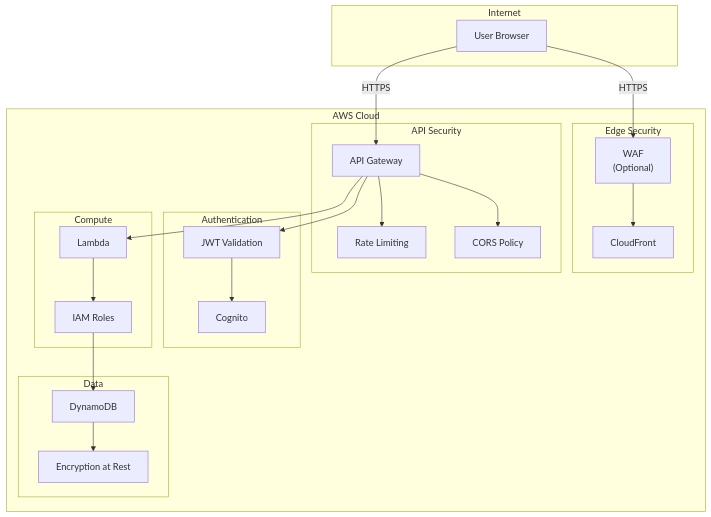
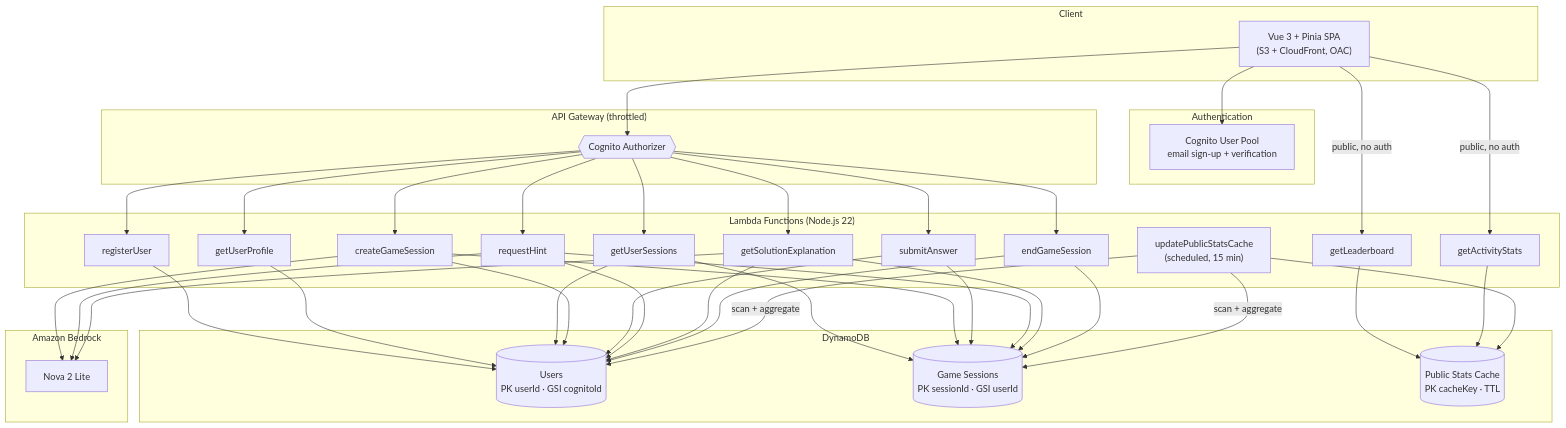
The second of 2 diagrams in docs/ARCHITECTURE.md (onemorepereira/math-tutor), drawn with Mermaid before and after one commit. The commit also changed other lines of this file, not shown here.

Commit message:
docs: add product overview and detailed architecture diagrams

````diff
--- a/docs/ARCHITECTURE.md
+++ b/docs/ARCHITECTURE.md
@@ -386,46 +32,63 @@
 ```mermaid
 flowchart TB
-    subgraph Internet
-        User["User Browser"]
+    subgraph client["Client"]
+        spa["Vue 3 + Pinia SPA<br/>(S3 + CloudFront, OAC)"]
     end
 
-    subgraph AWS["AWS Cloud"]
-        subgraph Edge["Edge Security"]
-            WAF["WAF<br/>(Optional)"]
-            CF["CloudFront"]
-        end
-
-        subgraph Network["API Security"]
-            APIGW["API Gateway"]
-            CORS["CORS Policy"]
-            Throttle["Rate Limiting"]
-        end
-
-        subgraph Auth["Authentication"]
-            Cognito["Cognito"]
-            JWT["JWT Validation"]
-        end
-
-        subgraph Compute["Compute"]
-            Lambda["Lambda"]
-            IAM["IAM Roles"]
-        end
-
-        subgraph Data["Data"]
-            DDB["DynamoDB"]
-            Encrypt["Encryption at Rest"]
-        end
+    subgraph auth["Authentication"]
+        cognito["Cognito User Pool<br/>email sign-up + verification"]
     end
 
-    User -->|HTTPS| WAF
-    WAF --> CF
-    User -->|HTTPS| APIGW
-    APIGW --> CORS
-    APIGW --> Throttle
-    APIGW --> JWT
-    JWT --> Cognito
-    APIGW --> Lambda
-    Lambda --> IAM
-    IAM --> DDB
-    DDB --> Encrypt
+    subgraph gateway["API Gateway (throttled)"]
+        authz{{"Cognito Authorizer"}}
+    end
+
+    subgraph lambdas["Lambda Functions (Node.js 22)"]
+        register["registerUser"]
+        profile["getUserProfile"]
+        sessions["getUserSessions"]
+        create["createGameSession"]
+        submit["submitAnswer"]
+        hint["requestHint"]
+        explain["getSolutionExplanation"]
+        endgame["endGameSession"]
+        leaderboard["getLeaderboard"]
+        activity["getActivityStats"]
+        cache["updatePublicStatsCache<br/>(scheduled, 15 min)"]
+    end
+
+    subgraph data["DynamoDB"]
+        users[("Users<br/>PK userId · GSI cognitoId")]
+        gsessions[("Game Sessions<br/>PK sessionId · GSI userId")]
+        pubcache[("Public Stats Cache<br/>PK cacheKey · TTL")]
+    end
+
+    subgraph ai["Amazon Bedrock"]
+        nova["Nova 2 Lite"]
+    end
+
+    spa --> cognito
+    spa --> authz
+    spa -->|"public, no auth"| leaderboard
+    spa -->|"public, no auth"| activity
+
+    authz --> register & profile & sessions & create & submit & hint & explain & endgame
+
+    register --> users
+    profile --> users
+    sessions --> users & gsessions
+    create --> users & gsessions
+    submit --> users & gsessions
+    hint --> users & gsessions
+    explain --> users & gsessions
+    endgame --> users & gsessions
+
+    create --> nova
+    hint --> nova
+    explain --> nova
+
+    leaderboard --> pubcache
+    activity --> pubcache
+    cache -->|"scan + aggregate"| users & gsessions
+    cache --> pubcache
 ```
````
